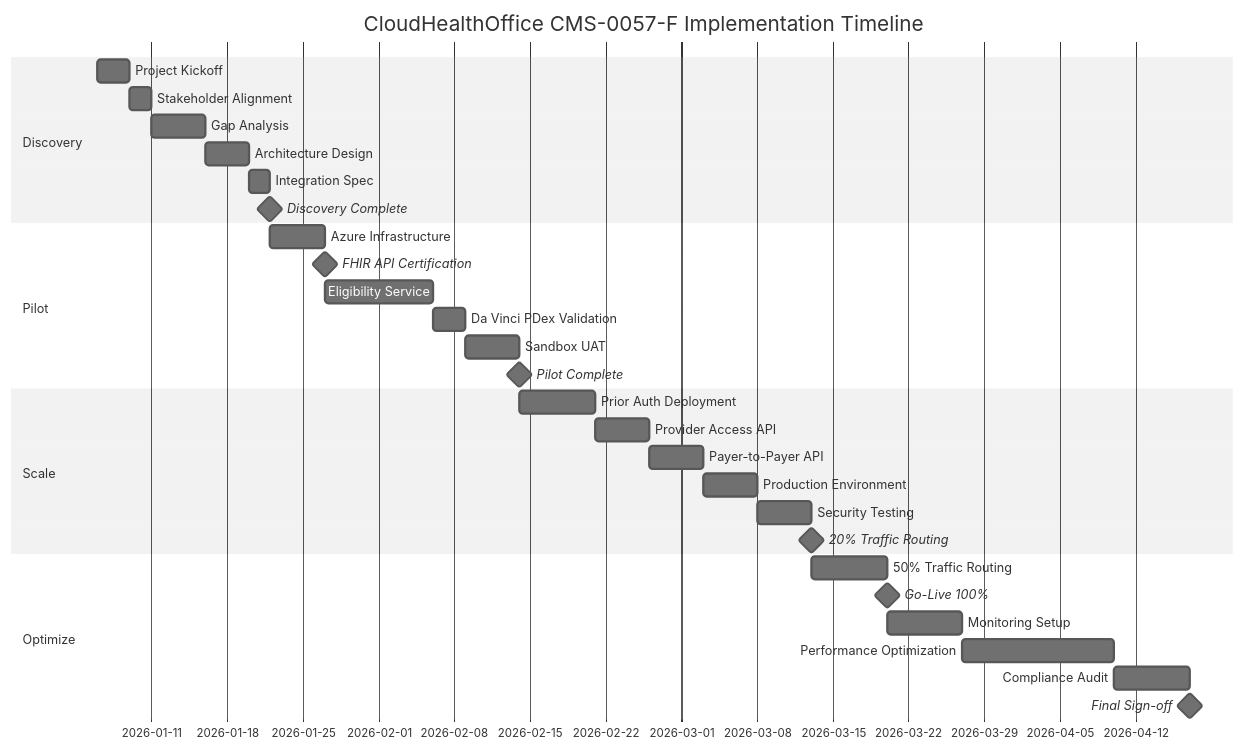
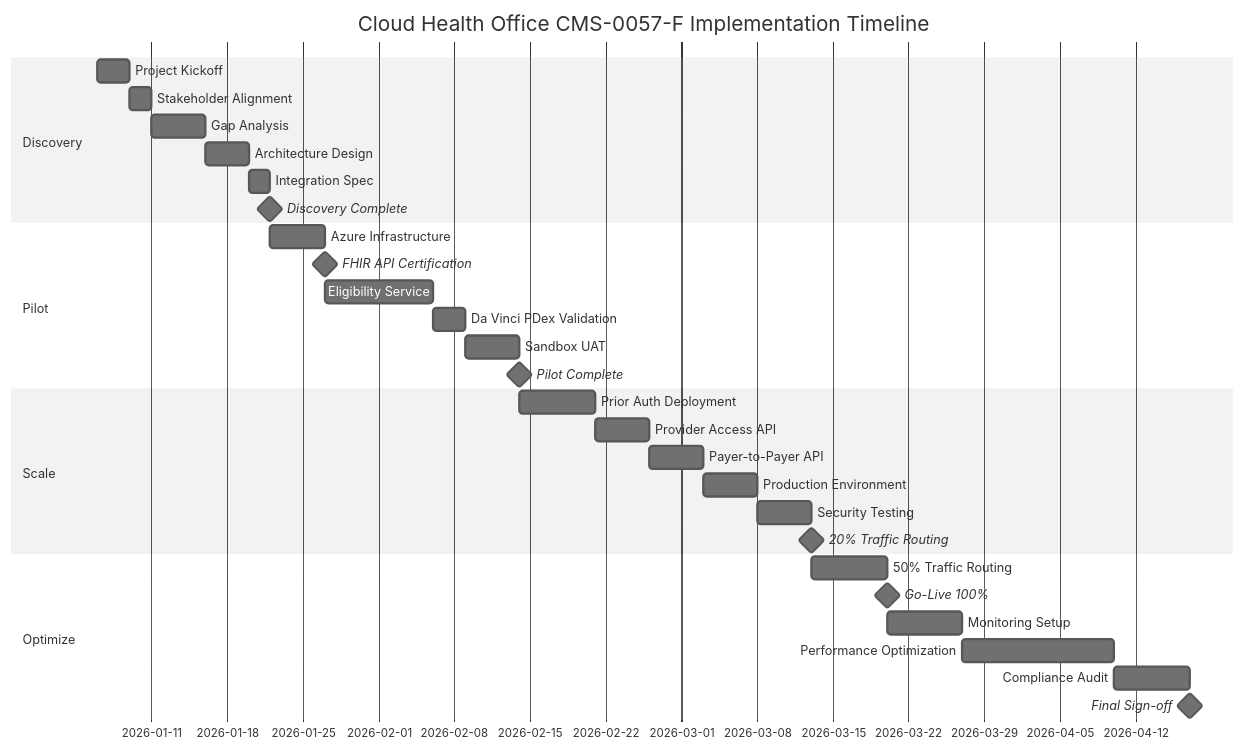
One commit to ssdotai/healthcorex changed the fourth of 4 diagrams in docs/security/WHITEPAPER-CMS-0057-F-COMPLIANCE.md. Above: the diagram before and after it, drawn with Mermaid. The commit also changed other lines of this file and 1880 other files, not shown here.

````diff
--- a/docs/security/WHITEPAPER-CMS-0057-F-COMPLIANCE.md
+++ b/docs/security/WHITEPAPER-CMS-0057-F-COMPLIANCE.md
@@ -617,38 +620,38 @@
 ```mermaid
 %%{init: {'theme': 'neutral', 'themeVariables': { 'primaryColor': '#3498db' }}}%%
 gantt
-    title CloudHealthOffice CMS-0057-F Implementation Timeline
+    title Cloud Health Office CMS-0057-F Implementation Timeline
     dateFormat  YYYY-MM-DD
     
     section Discovery
     Project Kickoff           :a1, 2026-01-06, 3d
     Stakeholder Alignment     :a2, after a1, 2d
     Gap Analysis              :a3, after a2, 5d
     Architecture Design       :a4, after a3, 4d
     Integration Spec          :a5, after a4, 2d
     Discovery Complete        :milestone, m1, after a5, 0d
     
     section Pilot
     Azure Infrastructure      :b1, after a5, 5d
     FHIR API Certification    :milestone, m2, after b1, 0d
     Eligibility Service       :b2, after b1, 10d
     Da Vinci PDex Validation  :b3, after b2, 3d
     Sandbox UAT               :b4, after b3, 5d
     Pilot Complete            :milestone, m3, after b4, 0d
     
     section Scale
     Prior Auth Deployment     :c1, after b4, 7d
     Provider Access API       :c2, after c1, 5d
     Payer-to-Payer API        :c3, after c2, 5d
     Production Environment    :c4, after c3, 5d
     Security Testing          :c5, after c4, 5d
     20% Traffic Routing       :milestone, m4, after c5, 0d
     
     section Optimize
     50% Traffic Routing       :d1, after c5, 7d
     Go-Live 100%              :milestone, m5, after d1, 0d
     Monitoring Setup          :d2, after d1, 7d
     Performance Optimization  :d3, after d2, 14d
     Compliance Audit          :d4, after d3, 7d
     Final Sign-off            :milestone, m6, after d4, 0d
 ```
````
